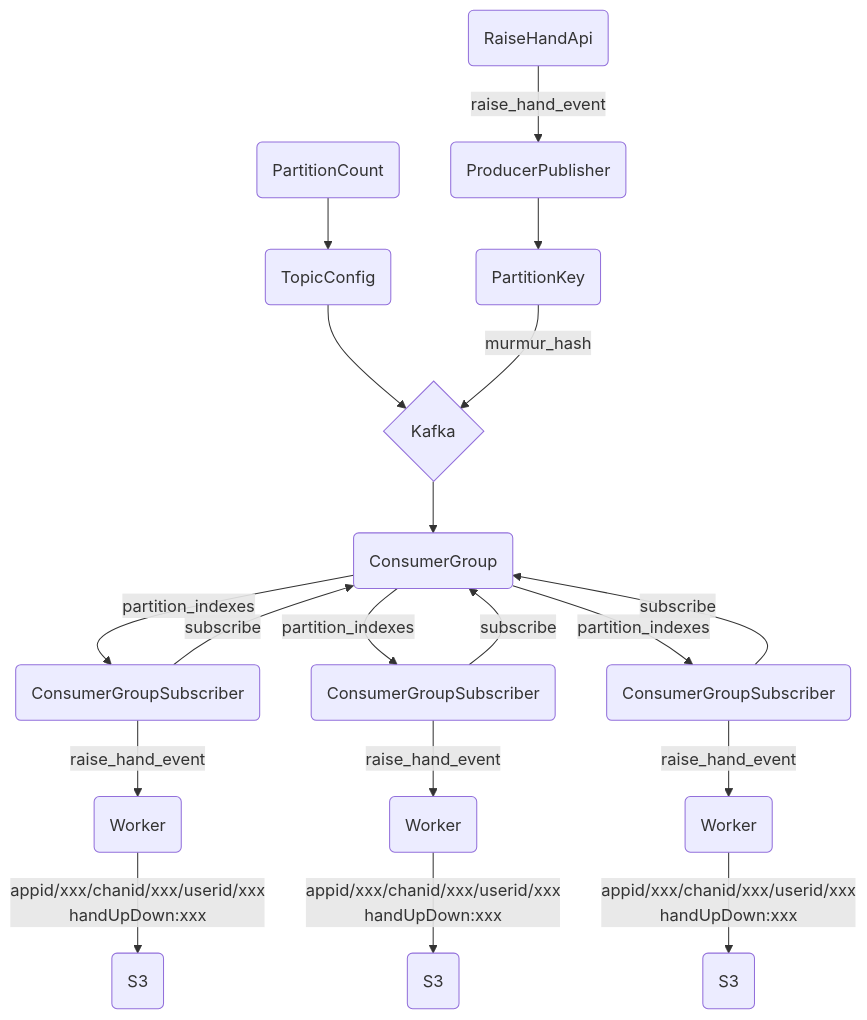
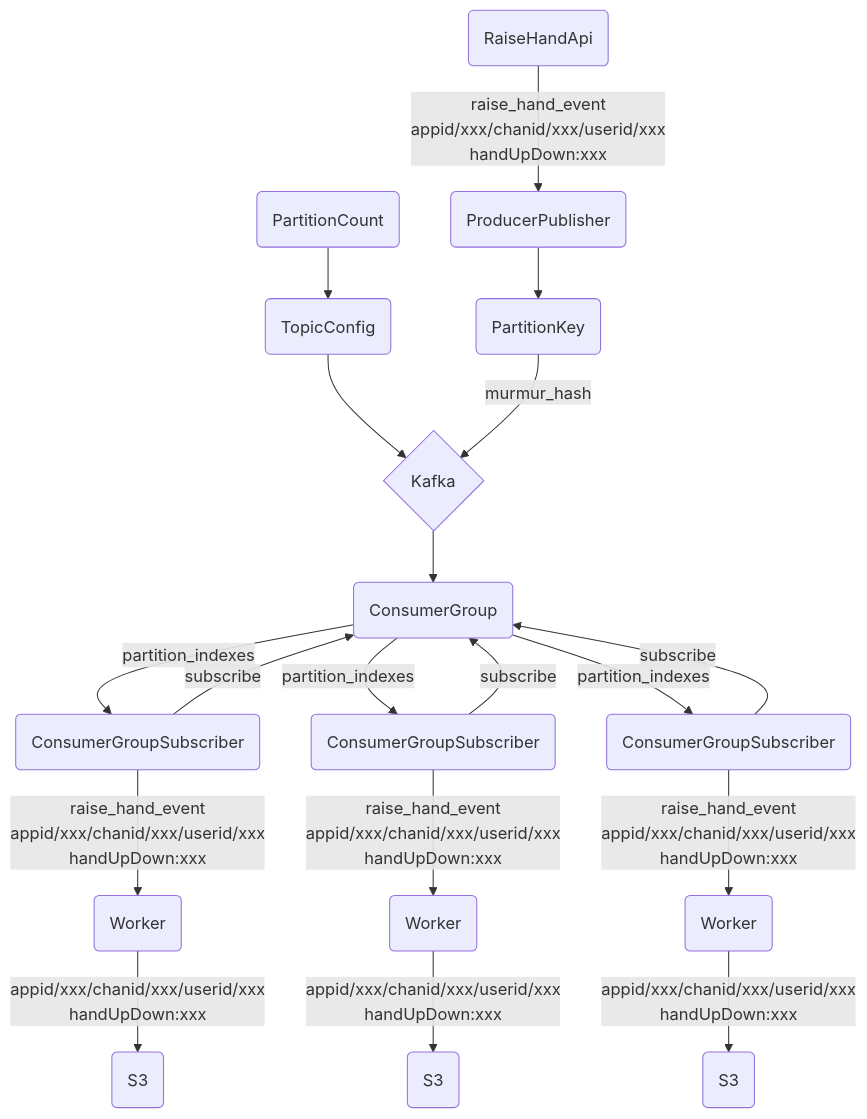
Before and after one commit to unicomp23/omni: the diagram in kafka.primitives.md, drawn with Mermaid.

````diff
--- a/kafka.primitives.md
+++ b/kafka.primitives.md
@@ -3,21 +3,21 @@
 ```mermaid
 flowchart TD
     PartitionCount_(PartitionCount) --> TopicConfig_
     TopicConfig_(TopicConfig) --> Kafka_
-    RaiseHandApi_(RaiseHandApi) -->|raise_hand_event| Producer_
+    RaiseHandApi_(RaiseHandApi) -->|raise_hand_event<br>appid/xxx/chanid/xxx/userid/xxx<br>handUpDown:xxx| Producer_
     Producer_(ProducerPublisher) --> PartitionKey_
     PartitionKey_(PartitionKey) -->|murmur_hash| Kafka_{Kafka}
     Kafka_ --> ConsumerGroup_(ConsumerGroup)
     ConsumerGroup_ -->|partition_indexes| ConsumerGroupSubscriber_1(ConsumerGroupSubscriber)
     ConsumerGroup_ -->|partition_indexes| ConsumerGroupSubscriber_2(ConsumerGroupSubscriber)
     ConsumerGroup_ -->|partition_indexes| ConsumerGroupSubscriber_3(ConsumerGroupSubscriber)
     ConsumerGroupSubscriber_1 -->|subscribe| ConsumerGroup_
     ConsumerGroupSubscriber_2 -->|subscribe| ConsumerGroup_
     ConsumerGroupSubscriber_3 -->|subscribe| ConsumerGroup_
-    ConsumerGroupSubscriber_1 -->|raise_hand_event| Worker_1(Worker)
-    ConsumerGroupSubscriber_2 -->|raise_hand_event| Worker_2(Worker)
-    ConsumerGroupSubscriber_3 -->|raise_hand_event| Worker_3(Worker)
+    ConsumerGroupSubscriber_1 -->|raise_hand_event<br>appid/xxx/chanid/xxx/userid/xxx<br>handUpDown:xxx| Worker_1(Worker)
+    ConsumerGroupSubscriber_2 -->|raise_hand_event<br>appid/xxx/chanid/xxx/userid/xxx<br>handUpDown:xxx| Worker_2(Worker)
+    ConsumerGroupSubscriber_3 -->|raise_hand_event<br>appid/xxx/chanid/xxx/userid/xxx<br>handUpDown:xxx| Worker_3(Worker)
     Worker_1 -->|appid/xxx/chanid/xxx/userid/xxx<br>handUpDown:xxx| S3_1(S3)
     Worker_2 -->|appid/xxx/chanid/xxx/userid/xxx<br>handUpDown:xxx| S3_2(S3)
     Worker_3 -->|appid/xxx/chanid/xxx/userid/xxx<br>handUpDown:xxx| S3_3(S3)
 ```
````
